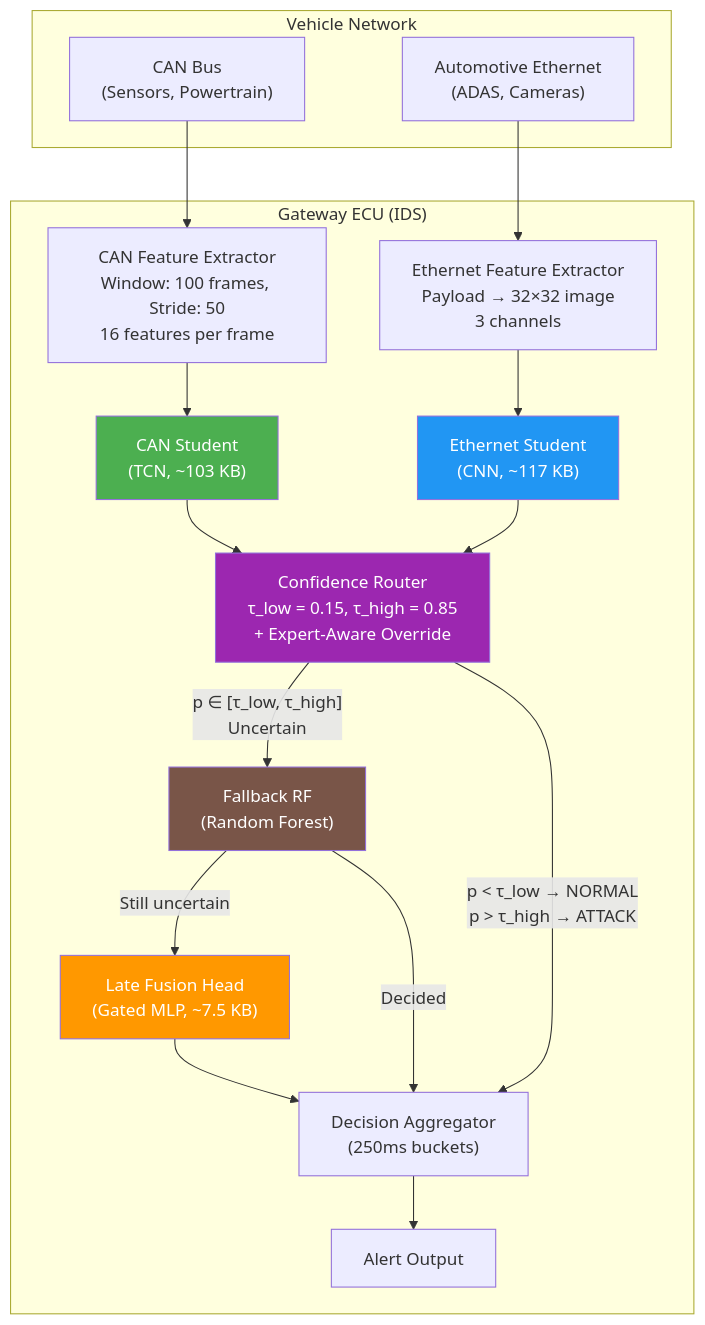
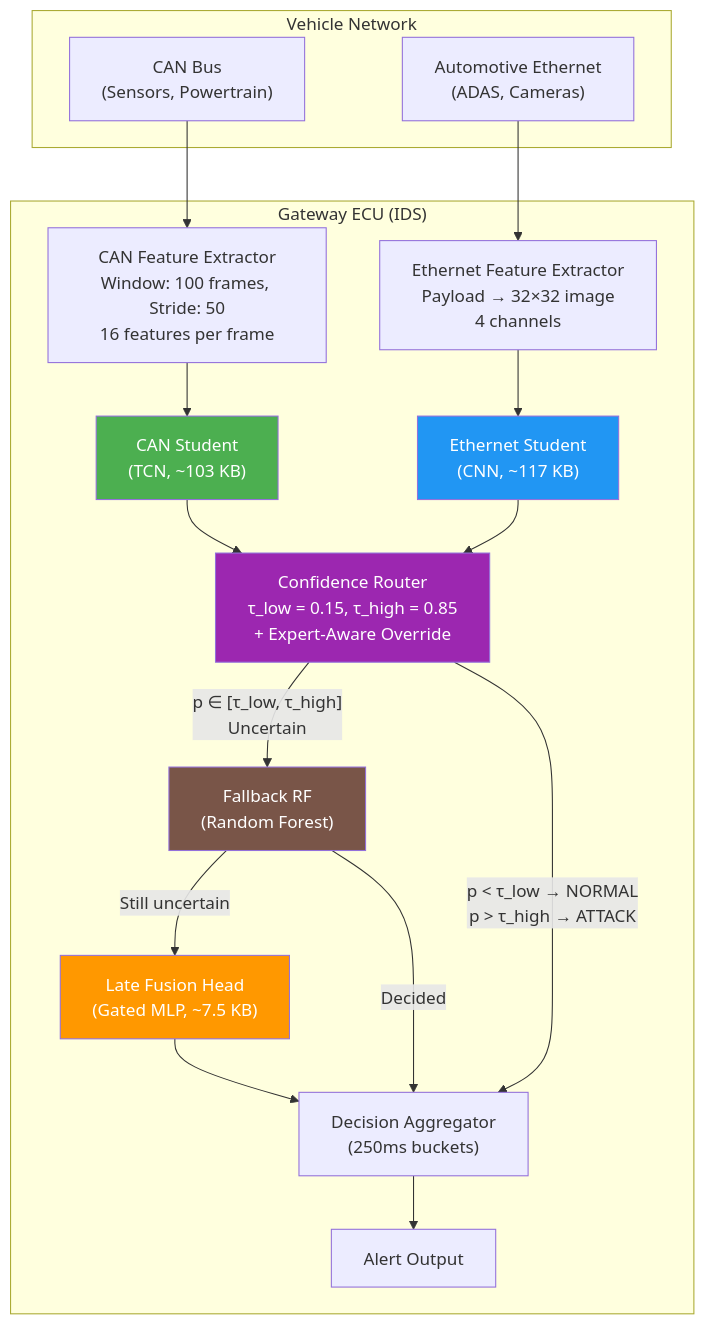
One commit to ningappa-hub/Research_Auto_IDS_DPCR-IDS changed the first of 3 diagrams in research_presentation.md. Above: the diagram before and after it, drawn with Mermaid. The commit also changed other lines of this file and 194 other files, not shown here.

````diff
--- a/research_presentation.md
+++ b/research_presentation.md
@@ -71,32 +71,32 @@
 ```mermaid
 graph TD
     subgraph "Vehicle Network"
         CAN["CAN Bus<br/>(Sensors, Powertrain)"]
         ETH["Automotive Ethernet<br/>(ADAS, Cameras)"]
     end
 
     subgraph "Gateway ECU (IDS)"
         CAN --> FE_CAN["CAN Feature Extractor<br/>Window: 100 frames, Stride: 50<br/>16 features per frame"]
-        ETH --> FE_ETH["Ethernet Feature Extractor<br/>Payload → 32×32 image<br/>3 channels"]
+        ETH --> FE_ETH["Ethernet Feature Extractor<br/>Payload → 32×32 image<br/>4 channels"]
         
         FE_CAN --> CAN_S["CAN Student<br/>(TCN, ~103 KB)"]
         FE_ETH --> ETH_S["Ethernet Student<br/>(CNN, ~117 KB)"]
         
         CAN_S --> ROUTER["Confidence Router<br/>τ_low = 0.15, τ_high = 0.85<br/>+ Expert-Aware Override"]
         ETH_S --> ROUTER
         
         ROUTER -->|"p ∈ [τ_low, τ_high]<br/>Uncertain"| FALLBACK["Fallback RF<br/>(Random Forest)"]
         FALLBACK -->|"Still uncertain"| FUSION["Late Fusion Head<br/>(Gated MLP, ~7.5 KB)"]
         FALLBACK -->|"Decided"| AGG["Decision Aggregator<br/>(250ms buckets)"]
         ROUTER -->|"p < τ_low → NORMAL<br/>p > τ_high → ATTACK"| AGG
         
         FUSION --> AGG
         AGG --> ALERT["Alert Output"]
     end
 
     style CAN_S fill:#4CAF50,color:#fff
     style ETH_S fill:#2196F3,color:#fff
     style FUSION fill:#FF9800,color:#fff
     style ROUTER fill:#9C27B0,color:#fff
     style FALLBACK fill:#795548,color:#fff
 ```
````
